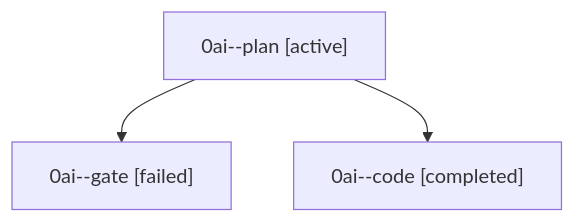
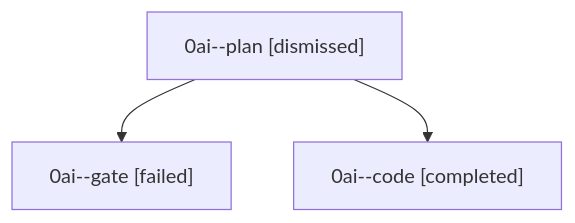
The diagram in sessions/bbugyi200.athena.0ai.md (sase-org/sase--agents), drawn with Mermaid before and after one commit. The commit also changed other lines of this file and 34 other files, not shown here.

````diff
--- a/sessions/bbugyi200.athena.0ai.md
+++ b/sessions/bbugyi200.athena.0ai.md
@@ -9,8 +9,8 @@
 ```mermaid
 flowchart TD
-  n0["0ai--plan [active]"]
+  n0["0ai--plan [dismissed]"]
   n1["0ai--gate [failed]"]
   n0 --> n1
   n2["0ai--code [completed]"]
   n0 --> n2
 ```
````
